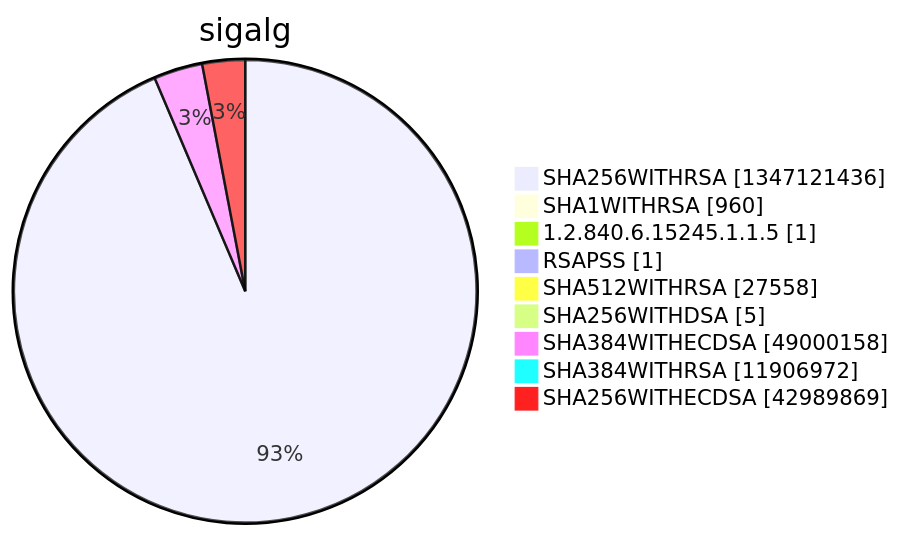
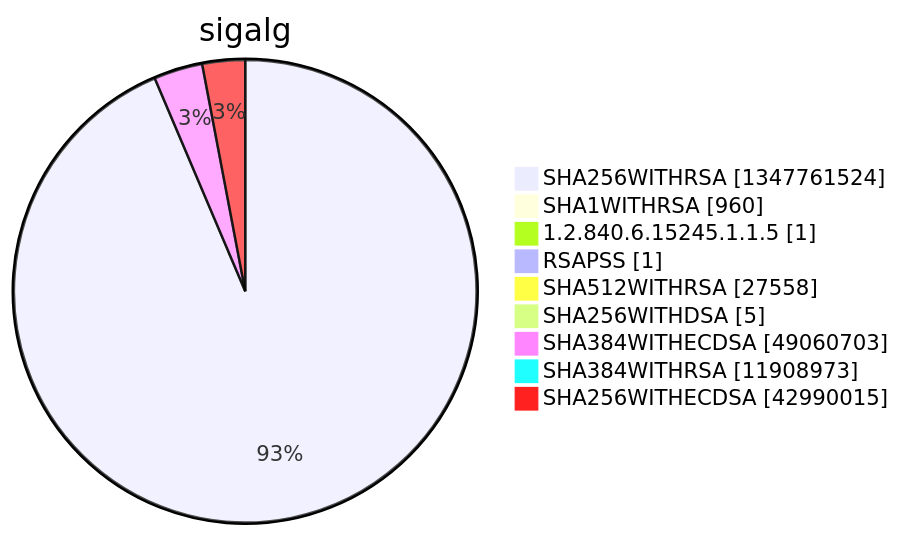
Before and after one commit to christiankrug/ctmonitor_visualization: diagram 15 of 15 in argon2022/README.md, drawn with Mermaid. The commit also changed other lines of this file, not shown here.

````diff
--- a/argon2022/README.md
+++ b/argon2022/README.md
@@ -5524,13 +5524,13 @@
 ```mermaid
 pie showData
 title sigalg
-"SHA256WITHRSA" :1347121436
+"SHA256WITHRSA" :1347761524
 "SHA1WITHRSA" :960
 "1.2.840.6.15245.1.1.5" :1
 "RSAPSS" :1
 "SHA512WITHRSA" :27558
 "SHA256WITHDSA" :5
-"SHA384WITHECDSA" :49000158
-"SHA384WITHRSA" :11906972
-"SHA256WITHECDSA" :42989869
+"SHA384WITHECDSA" :49060703
+"SHA384WITHRSA" :11908973
+"SHA256WITHECDSA" :42990015
 ```
````
